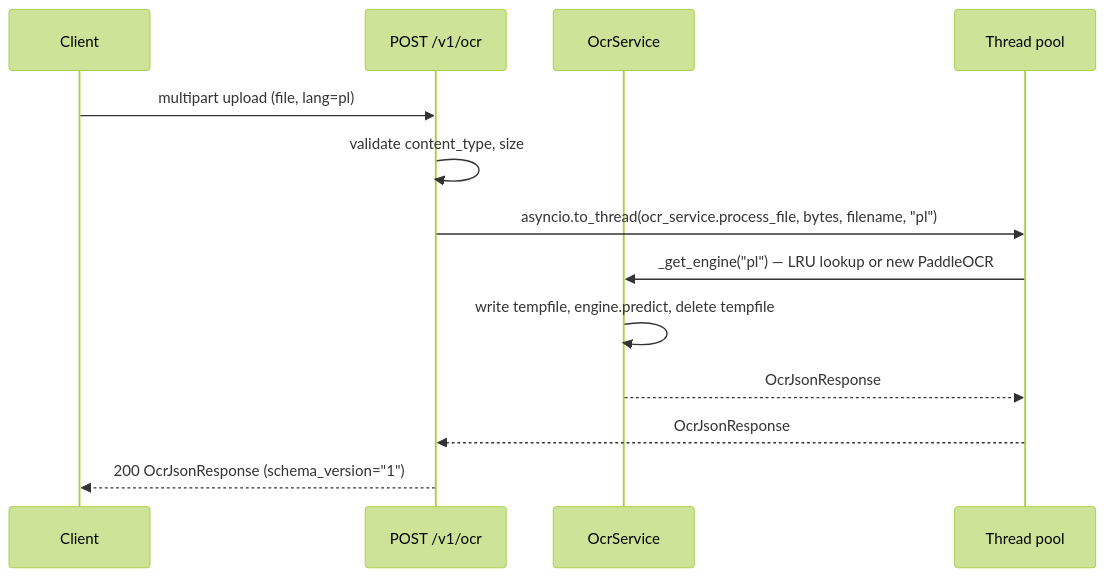
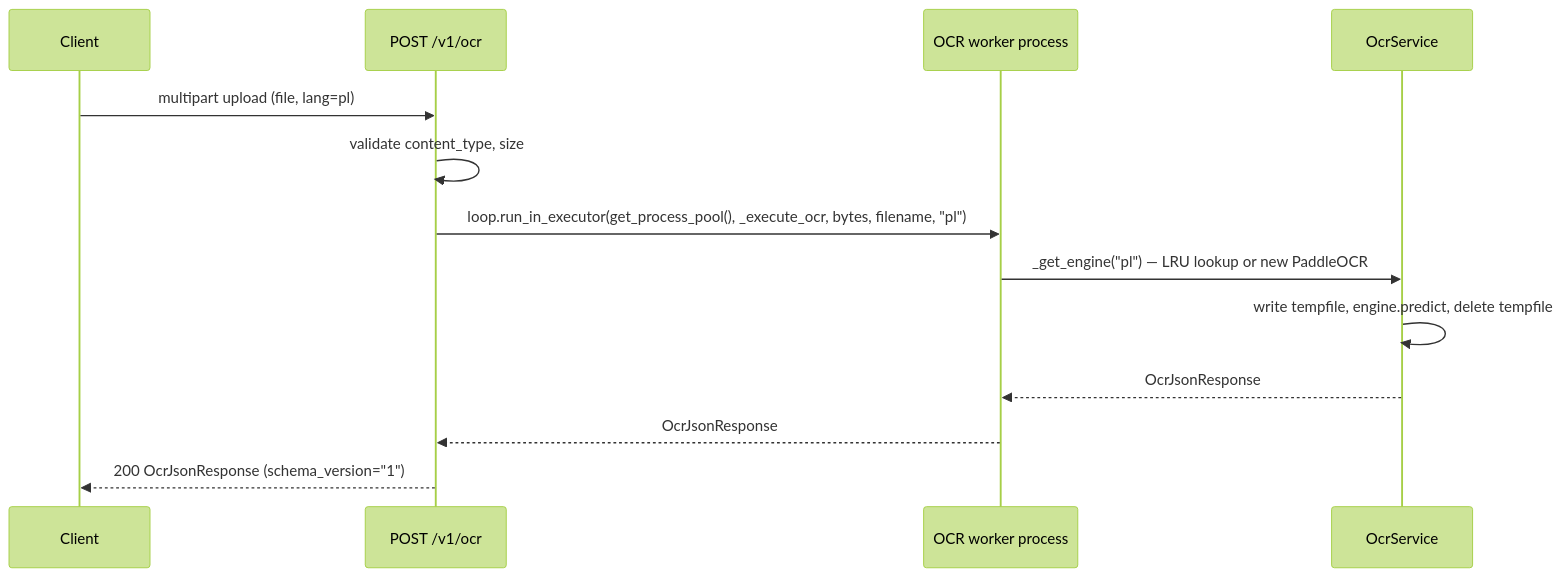
One commit to Lukk17/AscendAI changed the second of 3 diagrams in PaddleOCR/docs/architecture/arc42/06-runtime-view.md. Above: the diagram before and after it, drawn with Mermaid (forest theme). The commit also changed other lines of this file and 30 other files, not shown here.

````diff
--- a/PaddleOCR/docs/architecture/arc42/06-runtime-view.md
+++ b/PaddleOCR/docs/architecture/arc42/06-runtime-view.md
@@ -36,16 +40,16 @@
 ```mermaid
 sequenceDiagram
     participant Client
     participant REST as POST /v1/ocr
+    participant Pool as OCR worker process
     participant OcrSvc as OcrService
-    participant Thread as Thread pool
 
     Client->>REST: multipart upload (file, lang=pl)
     REST->>REST: validate content_type, size
-    REST->>Thread: asyncio.to_thread(ocr_service.process_file, bytes, filename, "pl")
-    Thread->>OcrSvc: _get_engine("pl") — LRU lookup or new PaddleOCR
+    REST->>Pool: loop.run_in_executor(get_process_pool(), _execute_ocr, bytes, filename, "pl")
+    Pool->>OcrSvc: _get_engine("pl") — LRU lookup or new PaddleOCR
     OcrSvc->>OcrSvc: write tempfile, engine.predict, delete tempfile
-    OcrSvc-->>Thread: OcrJsonResponse
-    Thread-->>REST: OcrJsonResponse
+    OcrSvc-->>Pool: OcrJsonResponse
+    Pool-->>REST: OcrJsonResponse
     REST-->>Client: 200 OcrJsonResponse (schema_version="1")
 ```
````
